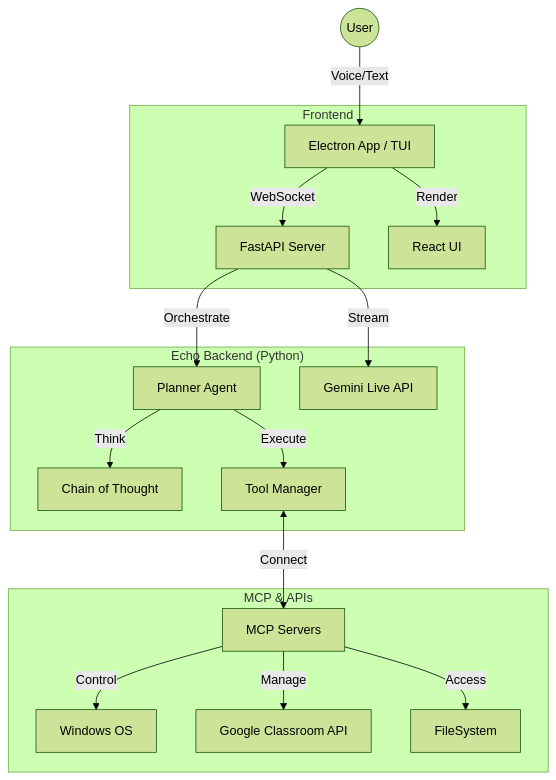
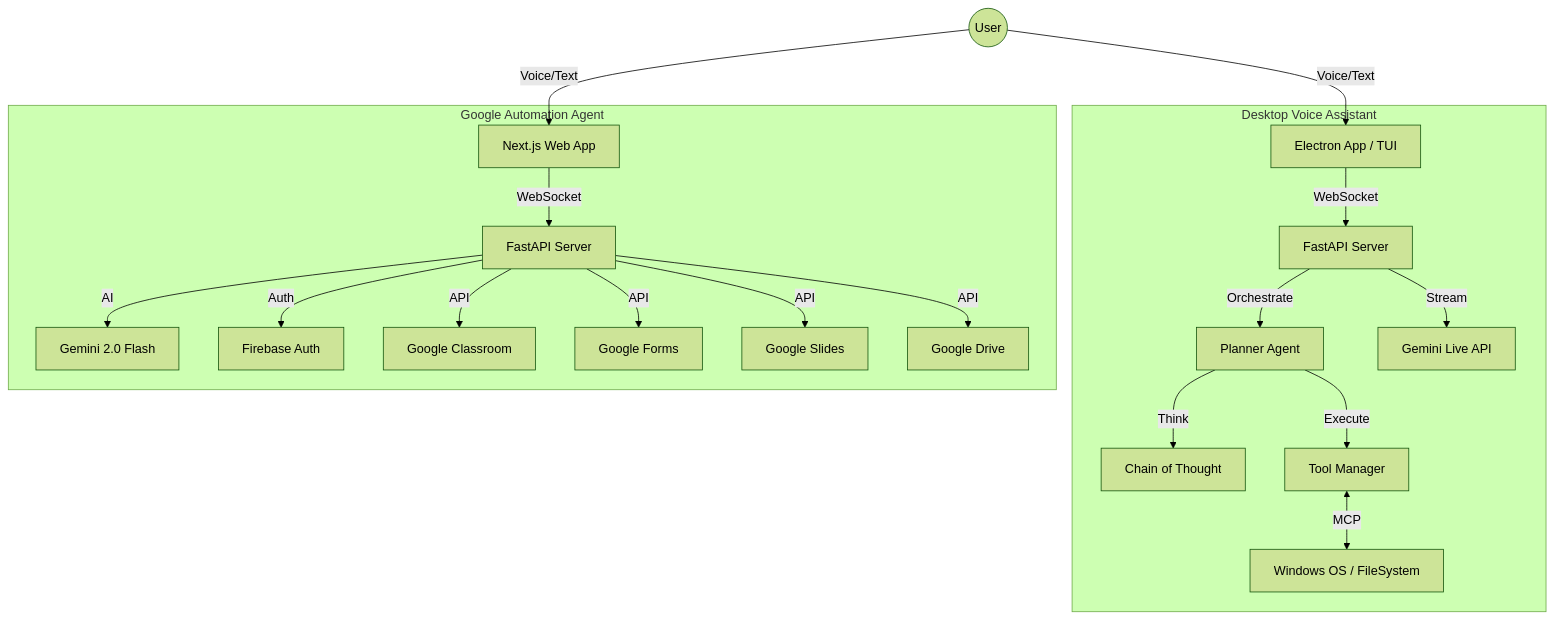
One commit to Precision-Recall/Echo changed the diagram in README.md. Above: the diagram before and after it, drawn with Mermaid (forest theme). The commit also changed other lines of this file and 1 other file, not shown here.

First line of the commit message:
docs: update README and QUICKSTART to cover both Desktop Voice Assistant and Google Automation Agent

````diff
--- a/README.md
+++ b/README.md
@@ -66,24 +91,24 @@
 ```mermaid
 graph TD
     User((User)) -->|Voice/Text| ElectronUI[Electron App / TUI]
-    
-    subgraph Frontend
+    User -->|Voice/Text| WebUI[Next.js Web App]
+
+    subgraph Desktop Voice Assistant
         ElectronUI -->|WebSocket| Backend
-        ElectronUI -->|Render| React[React UI]
-    end
-    
-    subgraph Core ["Echo Backend (Python)"]
         Backend[FastAPI Server] -->|Orchestrate| Agent[Planner Agent]
         Backend -->|Stream| Voice[Gemini Live API]
-        
         Agent -->|Think| CoT[Chain of Thought]
         Agent -->|Execute| Tools[Tool Manager]
+        Tools <-->|MCP| Windows[Windows OS / FileSystem]
     end
-    
-    subgraph Ecosystem ["MCP & APIs"]
-        Tools <-->|Connect| MCP[MCP Servers]
-        MCP -->|Control| Windows[Windows OS]
-        MCP -->|Manage| Classroom[Google Classroom API]
-        MCP -->|Access| Files[FileSystem]
+
+    subgraph Google Automation Agent
+        WebUI -->|WebSocket| GBackend[FastAPI Server]
+        GBackend -->|AI| Gemini[Gemini 2.0 Flash]
+        GBackend -->|Auth| Firebase[Firebase Auth]
+        GBackend -->|API| Classroom[Google Classroom]
+        GBackend -->|API| Forms[Google Forms]
+        GBackend -->|API| Slides[Google Slides]
+        GBackend -->|API| Drive[Google Drive]
     end
 ```
````
